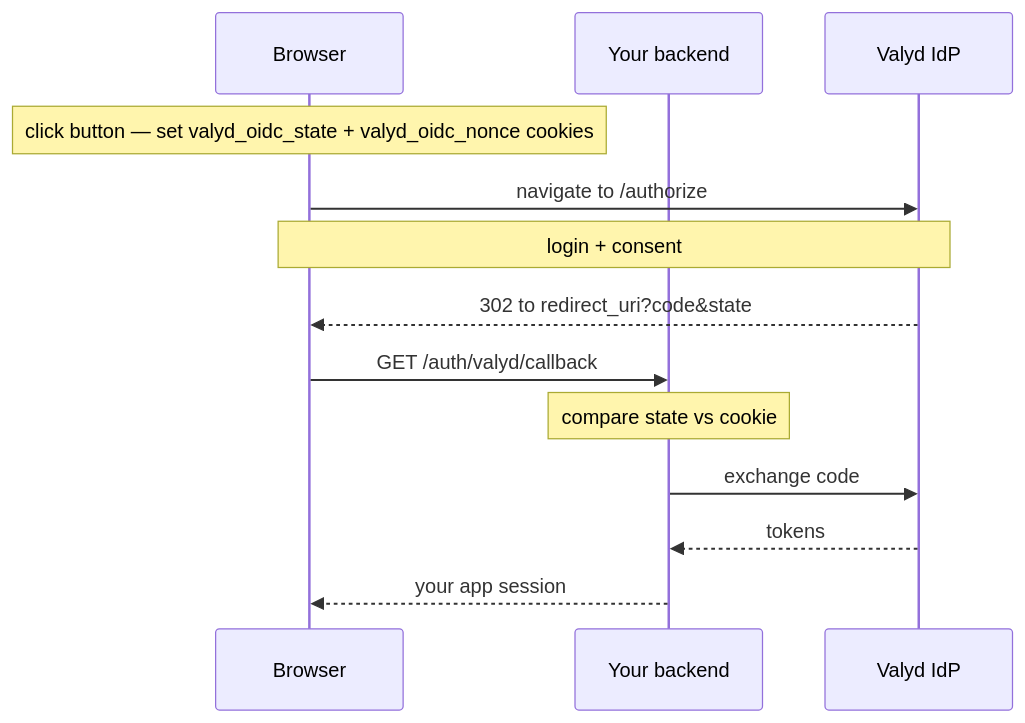
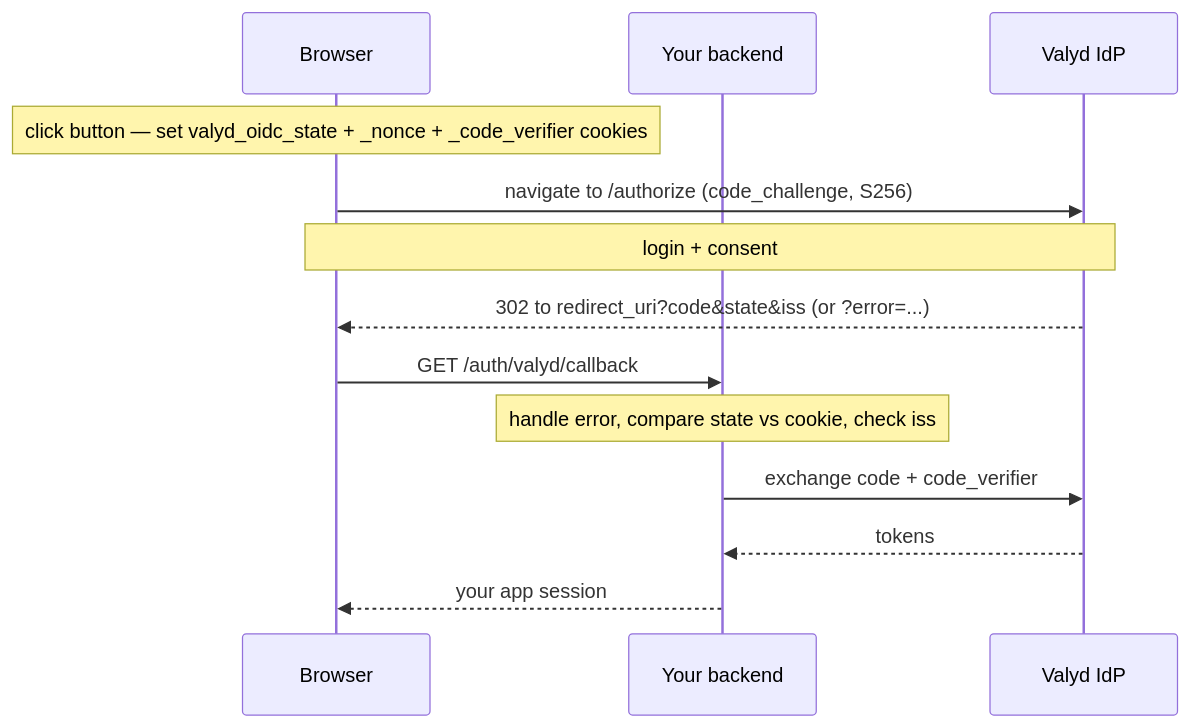
The diagram in content/docs/flows/button.md (valyd-id/documentation), drawn with Mermaid before and after one commit. The commit also changed other lines of this file and 25 other files, not shown here.

````diff
--- a/content/docs/flows/button.md
+++ b/content/docs/flows/button.md
@@ -23,15 +24,15 @@
 ```mermaid
 sequenceDiagram
     participant B as Browser
     participant Y as Your backend
     participant V as Valyd IdP
-    Note over B: click button — set valyd_oidc_state + valyd_oidc_nonce cookies
-    B->>V: navigate to /authorize
+    Note over B: click button — set valyd_oidc_state + _nonce + _code_verifier cookies
+    B->>V: navigate to /authorize (code_challenge, S256)
     Note over B,V: login + consent
-    V-->>B: 302 to redirect_uri?code&state
+    V-->>B: 302 to redirect_uri?code&state&iss (or ?error=...)
     B->>Y: GET /auth/valyd/callback
-    Note over Y: compare state vs cookie
-    Y->>V: exchange code
+    Note over Y: handle error, compare state vs cookie, check iss
+    Y->>V: exchange code + code_verifier
     V-->>Y: tokens
     Y-->>B: your app session
 ```
````
